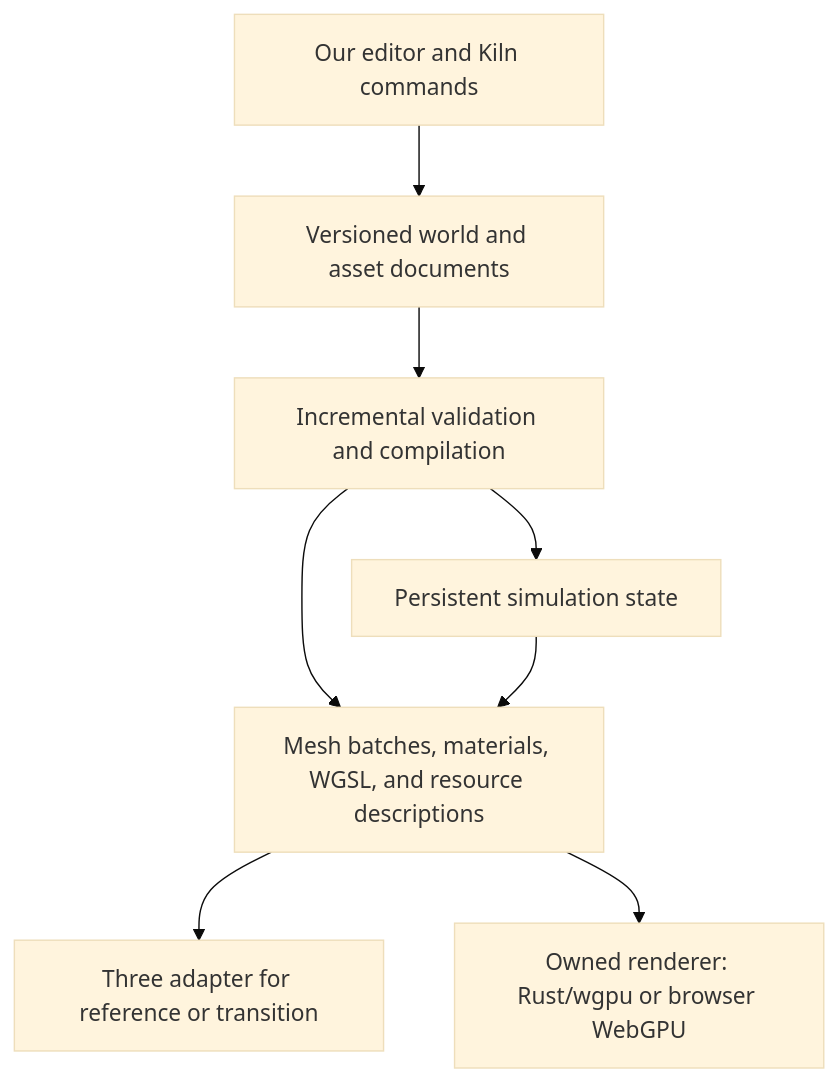
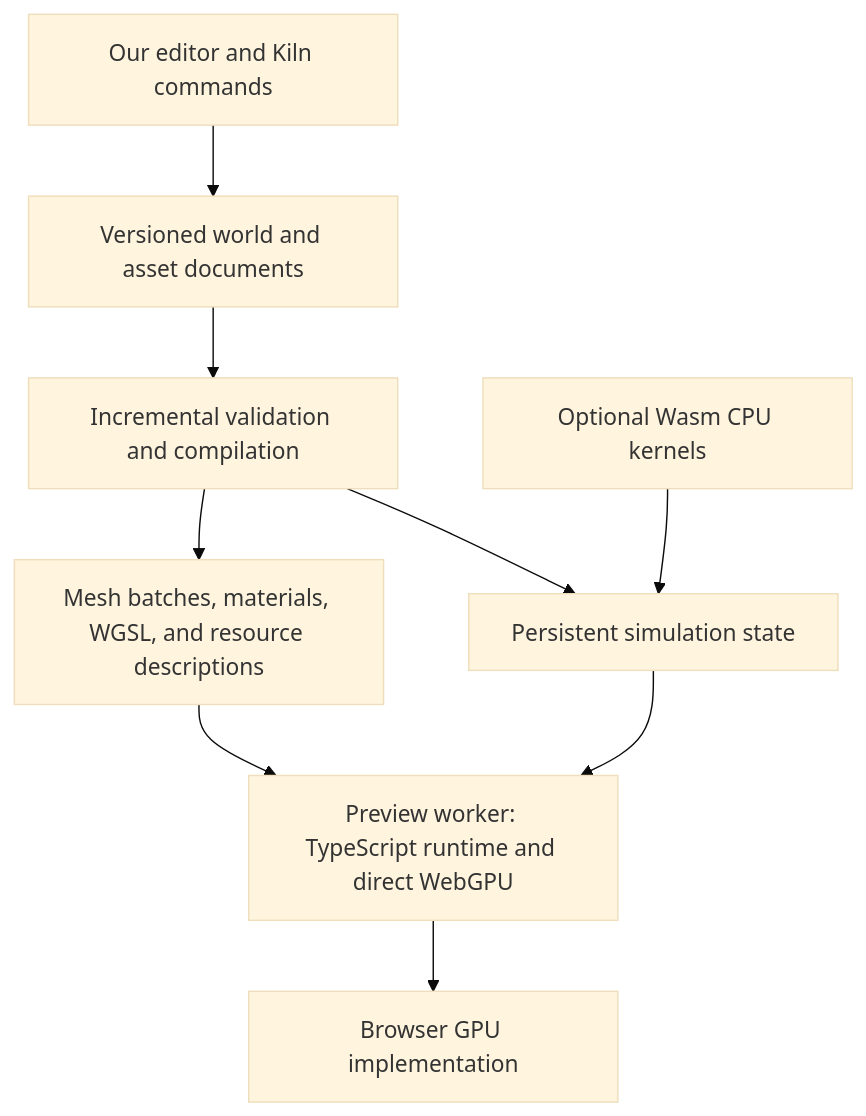
The diagram in docs/audits/2026-10-22-owned-renderer-webgpu-and-effect.md (OpenAgentsInc/openagents), drawn with Mermaid (base theme) before and after one commit. The commit also changed other lines of this file and 2 other files, not shown here.

Commit message:
Choose a browser-first WebGPU architecture

````diff
--- a/docs/audits/2026-10-22-owned-renderer-webgpu-and-effect.md
+++ b/docs/audits/2026-10-22-owned-renderer-webgpu-and-effect.md
@@ -58,10 +76,11 @@
 ```mermaid
 flowchart TD
     E[Our editor and Kiln commands] --> D[Versioned world and asset documents]
     D --> C[Incremental validation and compilation]
     C --> S[Persistent simulation state]
     C --> R[Mesh batches, materials, WGSL, and resource descriptions]
-    S --> R
-    R --> T[Three adapter for reference or transition]
-    R --> W[Owned renderer: Rust/wgpu or browser WebGPU]
+    S --> W[Preview worker: TypeScript runtime and direct WebGPU]
+    R --> W
+    K[Optional Wasm CPU kernels] --> S
+    W --> G[Browser GPU implementation]
 ```
````
